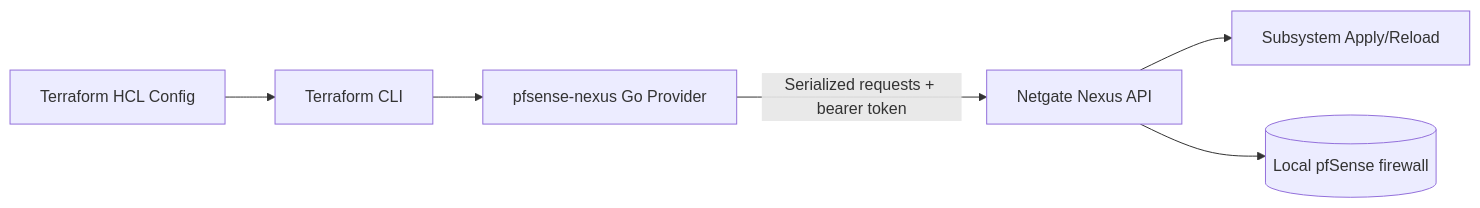
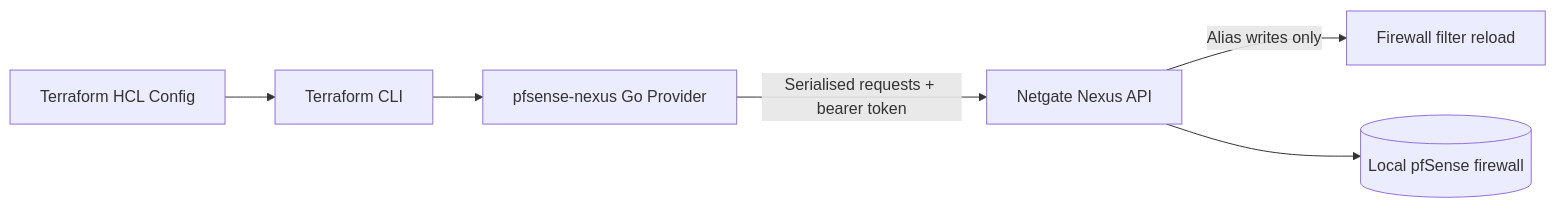
The diagram in BRD.md (geo-gaussian/pfsense-provider), drawn with Mermaid before and after one commit. The commit also changed other lines of this file and 49 other files, not shown here.

````diff
--- a/BRD.md
+++ b/BRD.md
@@ -67,8 +87,8 @@
 ```mermaid
 flowchart LR
     HCL[Terraform HCL Config] --> TF[Terraform CLI]
     TF --> Provider[pfsense-nexus Go Provider]
-    Provider -->|Serialized requests + bearer token| API[Netgate Nexus API]
-    API --> Apply[Subsystem Apply/Reload]
+    Provider -->|Serialised requests + bearer token| API[Netgate Nexus API]
+    API -->|Alias writes only| Reload[Firewall filter reload]
     API --> Router[(Local pfSense firewall)]
 ```
````
